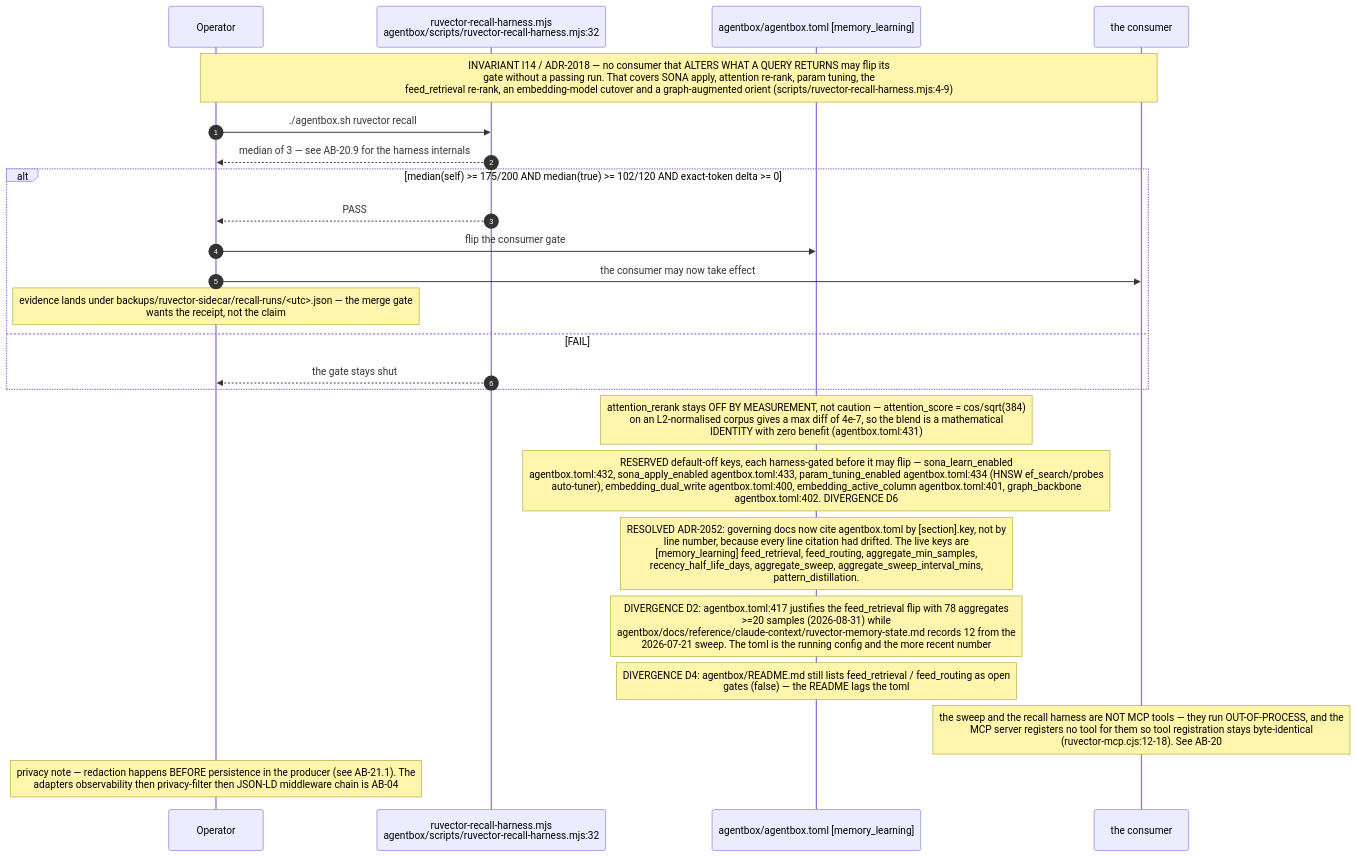
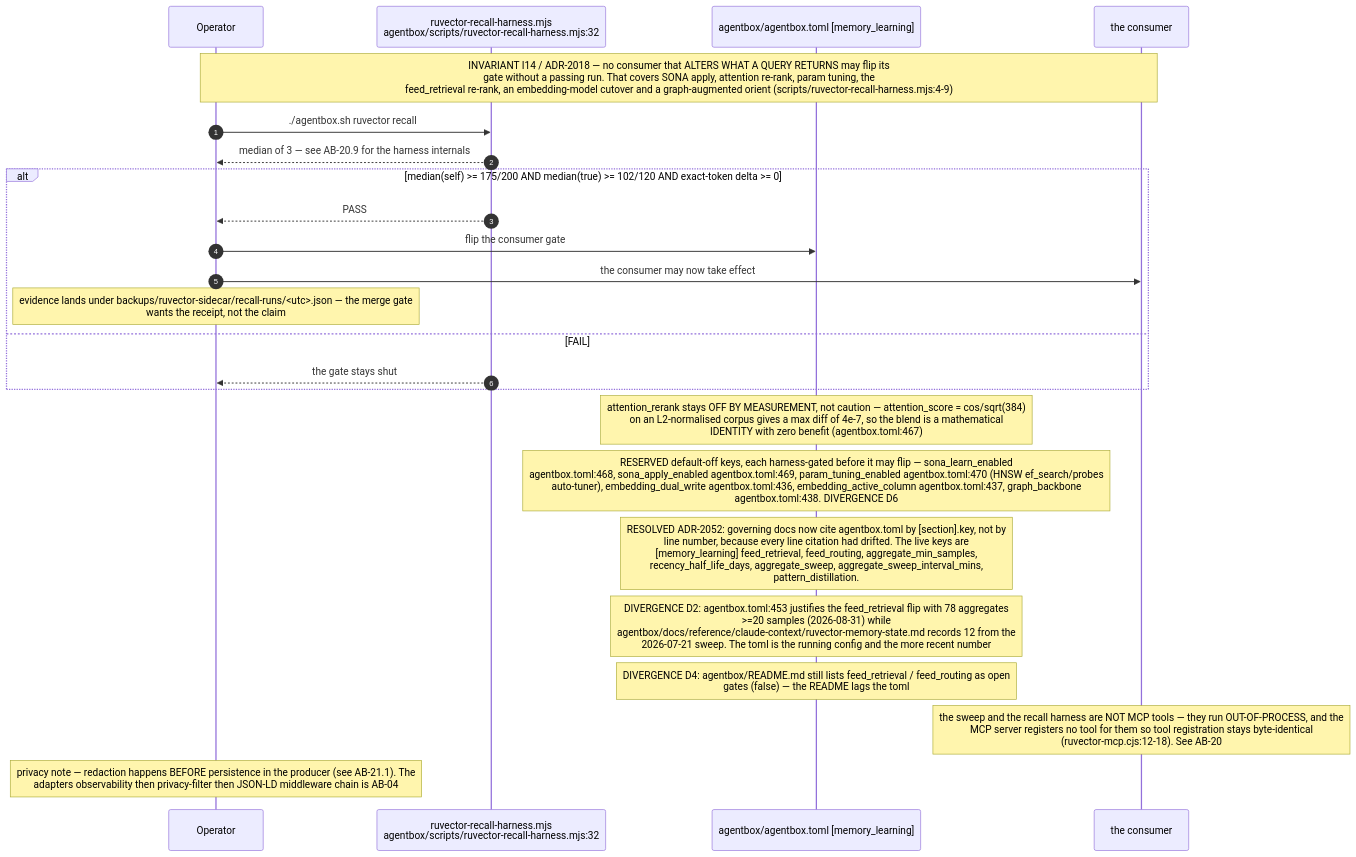
Before and after one commit to DreamLab-AI/VisionFlow: the tenth of 10 diagrams in docs/diagrams/agentbox/21-learning-loop.md, drawn with Mermaid. The commit also changed other lines of this file and 28 other files, not shown here.

````diff
--- a/docs/diagrams/agentbox/21-learning-loop.md
+++ b/docs/diagrams/agentbox/21-learning-loop.md
@@ -431,27 +431,27 @@
 ```mermaid
 sequenceDiagram
     autonumber
     participant OP as Operator
     participant H as ruvector-recall-harness.mjs<br/>agentbox/scripts/ruvector-recall-harness.mjs:32
     participant TOML as agentbox/agentbox.toml [memory_learning]
     participant CONS as the consumer
 
     Note over OP,CONS: INVARIANT I14 / ADR-2018 — no consumer that ALTERS WHAT A QUERY RETURNS may flip its<br/>gate without a passing run. That covers SONA apply, attention re-rank, param tuning, the<br/>feed_retrieval re-rank, an embedding-model cutover and a graph-augmented orient (scripts/ruvector-recall-harness.mjs:4-9)
     OP->>H: ./agentbox.sh ruvector recall
     H-->>OP: median of 3 — see AB-20.9 for the harness internals
     alt median(self) >= 175/200 AND median(true) >= 102/120 AND exact-token delta >= 0
         H-->>OP: PASS
         OP->>TOML: flip the consumer gate
         OP->>CONS: the consumer may now take effect
         Note over OP: evidence lands under backups/ruvector-sidecar/recall-runs/<utc>.json — the merge gate<br/>wants the receipt, not the claim
     else FAIL
         H-->>OP: the gate stays shut
     end
-    Note over TOML: attention_rerank stays OFF BY MEASUREMENT, not caution — attention_score = cos/sqrt(384)<br/>on an L2-normalised corpus gives a max diff of 4e-7, so the blend is a mathematical<br/>IDENTITY with zero benefit (agentbox.toml:431)
-    Note over TOML: RESERVED default-off keys, each harness-gated before it may flip — sona_learn_enabled<br/>agentbox.toml:432, sona_apply_enabled agentbox.toml:433, param_tuning_enabled agentbox.toml:434 (HNSW ef_search/probes<br/>auto-tuner), embedding_dual_write agentbox.toml:400, embedding_active_column agentbox.toml:401, graph_backbone<br/>agentbox.toml:402. DIVERGENCE D6
+    Note over TOML: attention_rerank stays OFF BY MEASUREMENT, not caution — attention_score = cos/sqrt(384)<br/>on an L2-normalised corpus gives a max diff of 4e-7, so the blend is a mathematical<br/>IDENTITY with zero benefit (agentbox.toml:467)
+    Note over TOML: RESERVED default-off keys, each harness-gated before it may flip — sona_learn_enabled<br/>agentbox.toml:468, sona_apply_enabled agentbox.toml:469, param_tuning_enabled agentbox.toml:470 (HNSW ef_search/probes<br/>auto-tuner), embedding_dual_write agentbox.toml:436, embedding_active_column agentbox.toml:437, graph_backbone<br/>agentbox.toml:438. DIVERGENCE D6
     Note over TOML: RESOLVED ADR-2052: governing docs now cite agentbox.toml by [section].key, not by<br/>line number, because every line citation had drifted. The live keys are<br/>[memory_learning] feed_retrieval, feed_routing, aggregate_min_samples,<br/>recency_half_life_days, aggregate_sweep, aggregate_sweep_interval_mins,<br/>pattern_distillation.
-    Note over TOML: DIVERGENCE D2: agentbox.toml:417 justifies the feed_retrieval flip with 78 aggregates<br/>>=20 samples (2026-08-31) while<br/>agentbox/docs/reference/claude-context/ruvector-memory-state.md records 12 from the<br/>2026-07-21 sweep. The toml is the running config and the more recent number
+    Note over TOML: DIVERGENCE D2: agentbox.toml:453 justifies the feed_retrieval flip with 78 aggregates<br/>>=20 samples (2026-08-31) while<br/>agentbox/docs/reference/claude-context/ruvector-memory-state.md records 12 from the<br/>2026-07-21 sweep. The toml is the running config and the more recent number
     Note over TOML: DIVERGENCE D4: agentbox/README.md still lists feed_retrieval / feed_routing as open<br/>gates (false) — the README lags the toml
     Note over CONS: the sweep and the recall harness are NOT MCP tools — they run OUT-OF-PROCESS, and the<br/>MCP server registers no tool for them so tool registration stays byte-identical<br/>(ruvector-mcp.cjs:12-18). See AB-20
     Note over OP: privacy note — redaction happens BEFORE persistence in the producer (see AB-21.1). The<br/>adapters observability then privacy-filter then JSON-LD middleware chain is AB-04
 ```
````
